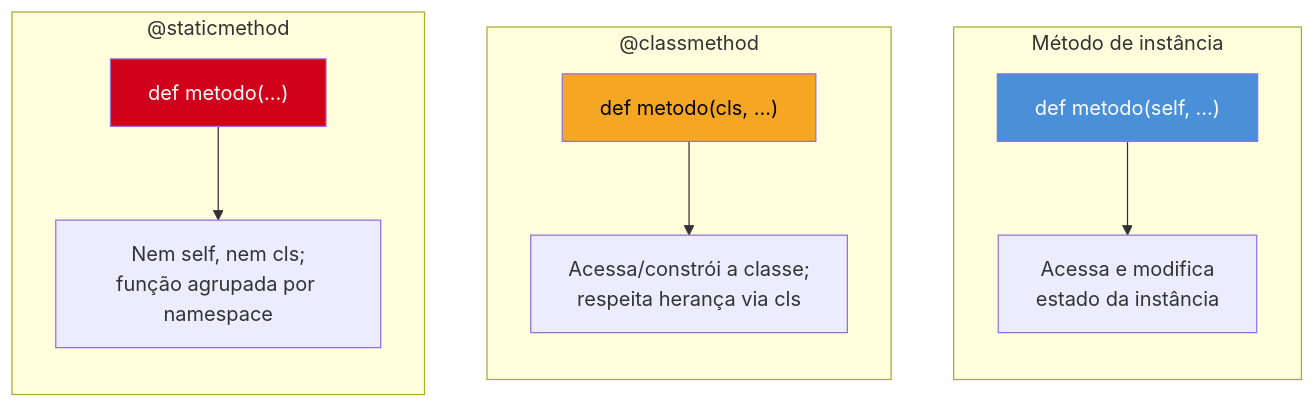
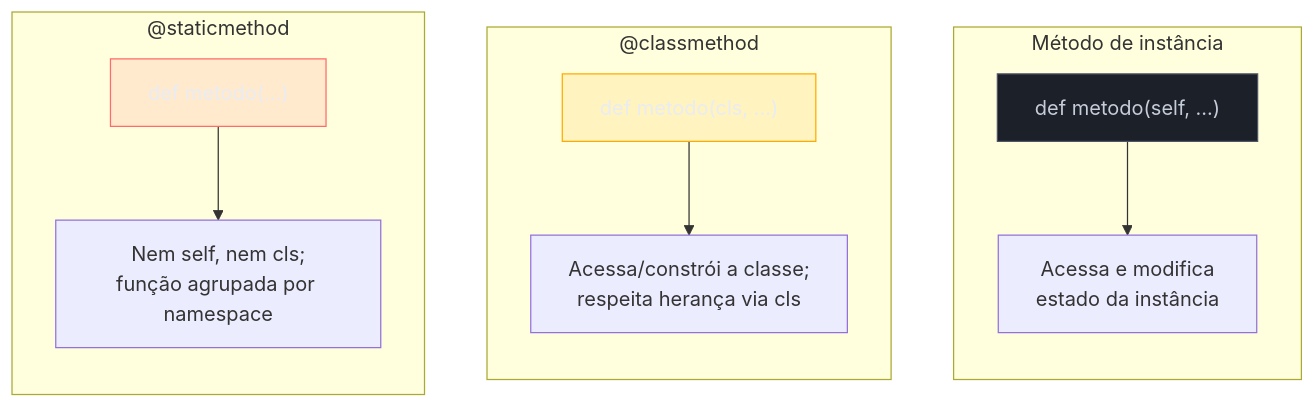
One commit to josenaldo/codex-technomanticus changed the third of 3 diagrams in 03-Dominios/Tecnologia/Python/OO e Data Model/01 - Classes — definição, atributos e métodos.md. Above: the diagram before and after it, drawn with Mermaid. The commit also changed other lines of this file and 1181 other files, not shown here.

First line of the commit message:
fix(diagramas): paleta do sistema no lugar de cor cravada no markdown

````diff
--- a/03-Dominios/Tecnologia/Python/OO e Data Model/01 - Classes — definição, atributos e métodos.md
+++ b/03-Dominios/Tecnologia/Python/OO e Data Model/01 - Classes — definição, atributos e métodos.md
@@ -355,19 +360,22 @@
 ```mermaid
 flowchart TB
+    classDef neutro fill:#1B2029,stroke:#4E5666,color:#C6CCD8
+    classDef destaque fill:#FFAA0024,stroke:#FFAA00,color:#E9ECF2
+    classDef falha fill:#FF6B6B24,stroke:#FF6B6B,color:#E9ECF2
     subgraph Instancia["Método de instância"]
         direction TB
         I1["def metodo(self, ...)"] --> I2["Acessa e modifica\nestado da instância"]
     end
     subgraph Classe["@classmethod"]
         direction TB
         C1["def metodo(cls, ...)"] --> C2["Acessa/constrói a classe;\nrespeita herança via cls"]
     end
     subgraph Estatico["@staticmethod"]
         direction TB
         S1["def metodo(...)"] --> S2["Nem self, nem cls;\nfunção agrupada por namespace"]
     end
 
-    style I1 fill:#4A90D9,color:#fff
-    style C1 fill:#F5A623,color:#000
-    style S1 fill:#D0021B,color:#fff
+    class I1 neutro
+    class C1 destaque
+    class S1 falha
 ```
````
